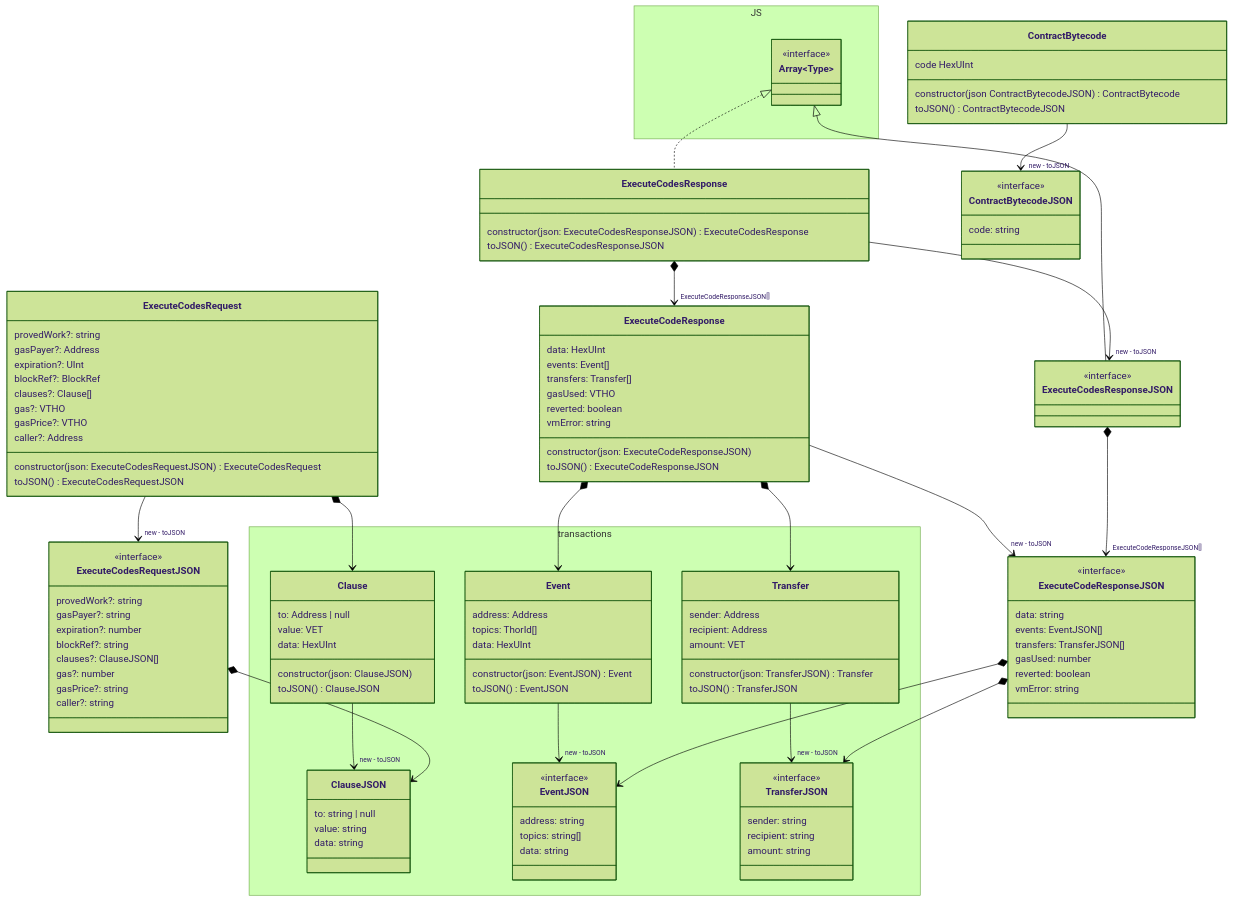
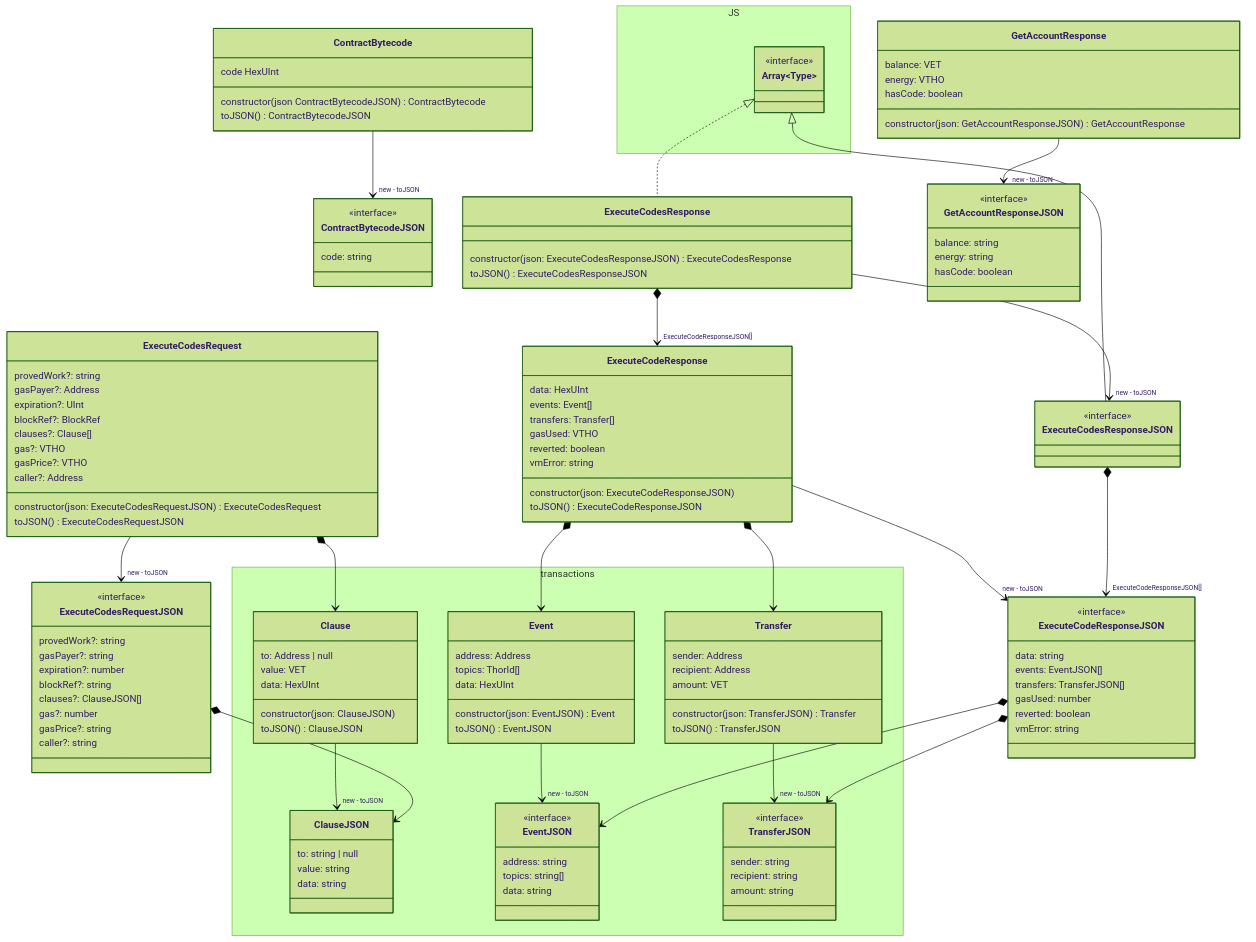
The diagram in docs/diagrams/v2/net/thor/accounts/accounts.md (vechain/vechain-sdk-js), drawn with Mermaid (forest theme) before and after one commit. The commit also changed 1 other file, not shown here.

Commit message:
feat: 1484 subscriptions documenting...

```diff
--- a/docs/diagrams/v2/net/thor/accounts/accounts.md
+++ b/docs/diagrams/v2/net/thor/accounts/accounts.md
@@ -44,6 +44,15 @@
             recipient: string
             amount: string
         }
+    }
+    class ContractBytecode {
+        code HexUInt
+        constructor(json ContractBytecodeJSON) ContractBytecode
+        toJSON() ContractBytecodeJSON
+    }
+    class ContractBytecodeJSON {
+        <<interface>>
+        code: string
     }
     class ExecuteCodesRequest {
         provedWork?: string
@@ -94,14 +103,17 @@
     class ExecuteCodesResponseJSON {
         <<interface>>
     }
-    class ContractBytecode {
-        code HexUInt
-        constructor(json ContractBytecodeJSON) ContractBytecode
-        toJSON() ContractBytecodeJSON
+    class GetAccountResponse {
+        balance: VET
+        energy: VTHO
+        hasCode: boolean
+        constructor(json: GetAccountResponseJSON) GetAccountResponse
     }
-    class ContractBytecodeJSON {
+    class GetAccountResponseJSON {
         <<interface>>
-        code: string
+        balance: string
+        energy: string
+        hasCode: boolean
     }
     Array <|.. ExecuteCodesResponse
     Array <|-- ExecuteCodesResponseJSON
@@ -111,6 +123,7 @@
     ExecuteCodesRequest --> "new - toJSON" ExecuteCodesRequestJSON
     ExecuteCodeResponse --> "new - toJSON" ExecuteCodeResponseJSON
     ExecuteCodesResponse --> "new - toJSON" ExecuteCodesResponseJSON
+    GetAccountResponse --> "new - toJSON" GetAccountResponseJSON
     Transfer --> "new - toJSON" TransferJSON
     ExecuteCodesRequest *--> Clause
     ExecuteCodesRequestJSON *--> ClauseJSON
```
